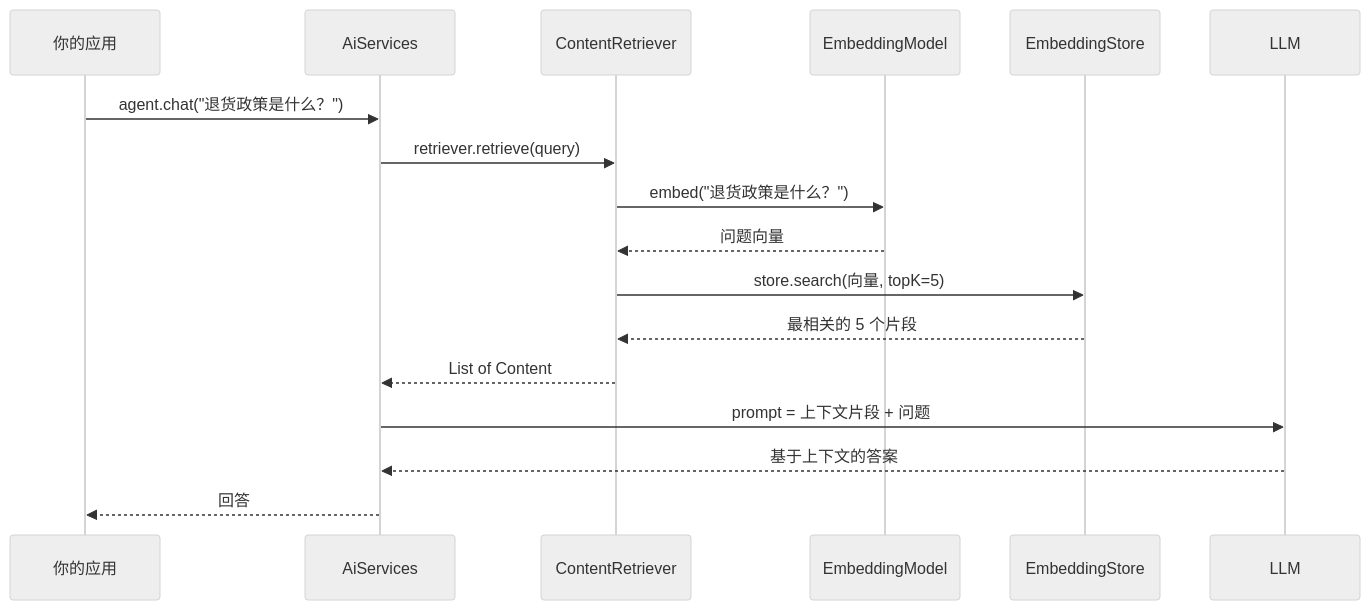
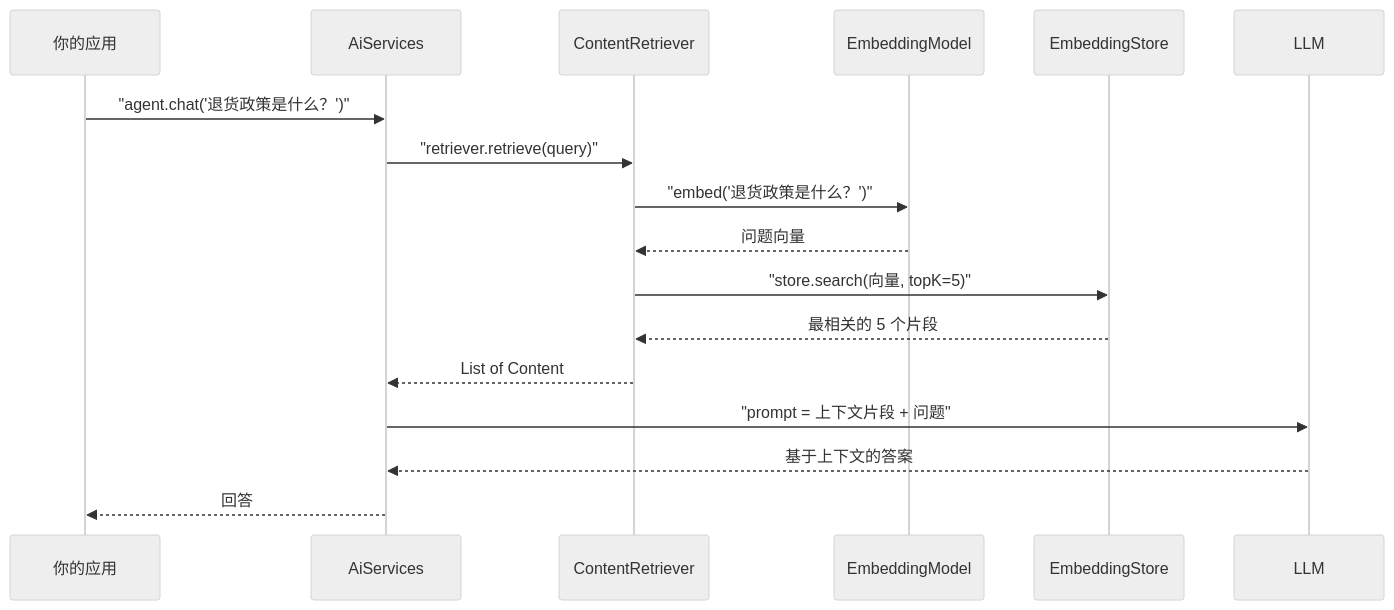
The third of 4 diagrams in docs/tutorials/langchain4j/05-RAG实战.md (UranusGit/java-agent-learn), drawn with Mermaid (neutral theme) before and after one commit. The commit also changed other lines of this file and 137 other files, not shown here.

First line of the commit message:
docs全库mermaid图质量深化：改写残留字符画、补缺图、修坏图

````diff
--- a/docs/tutorials/langchain4j/05-RAG实战.md
+++ b/docs/tutorials/langchain4j/05-RAG实战.md
@@ -429,19 +368,19 @@
 ```mermaid
 sequenceDiagram
     participant App as 你的应用
     participant AS as AiServices
     participant CR as ContentRetriever
     participant EM as EmbeddingModel
     participant ST as EmbeddingStore
     participant LLM as LLM
-    App->>AS: agent.chat("退货政策是什么？")
-    AS->>CR: retriever.retrieve(query)
-    CR->>EM: embed("退货政策是什么？")
+    App->>AS: "agent.chat('退货政策是什么？')"
+    AS->>CR: "retriever.retrieve(query)"
+    CR->>EM: "embed('退货政策是什么？')"
     EM-->>CR: 问题向量
-    CR->>ST: store.search(向量, topK=5)
+    CR->>ST: "store.search(向量, topK=5)"
     ST-->>CR: 最相关的 5 个片段
     CR-->>AS: List of Content
-    AS->>LLM: prompt = 上下文片段 + 问题
+    AS->>LLM: "prompt = 上下文片段 + 问题"
     LLM-->>AS: 基于上下文的答案
     AS-->>App: 回答
 ```
````
